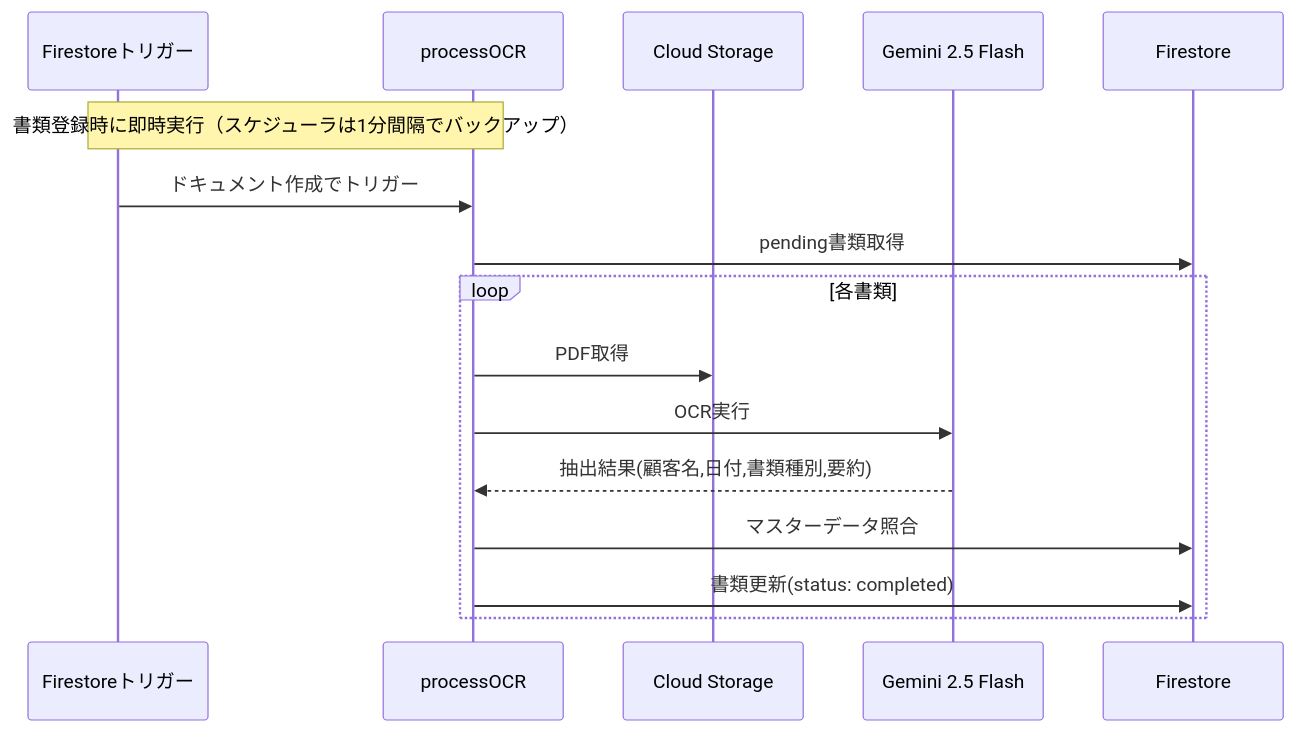
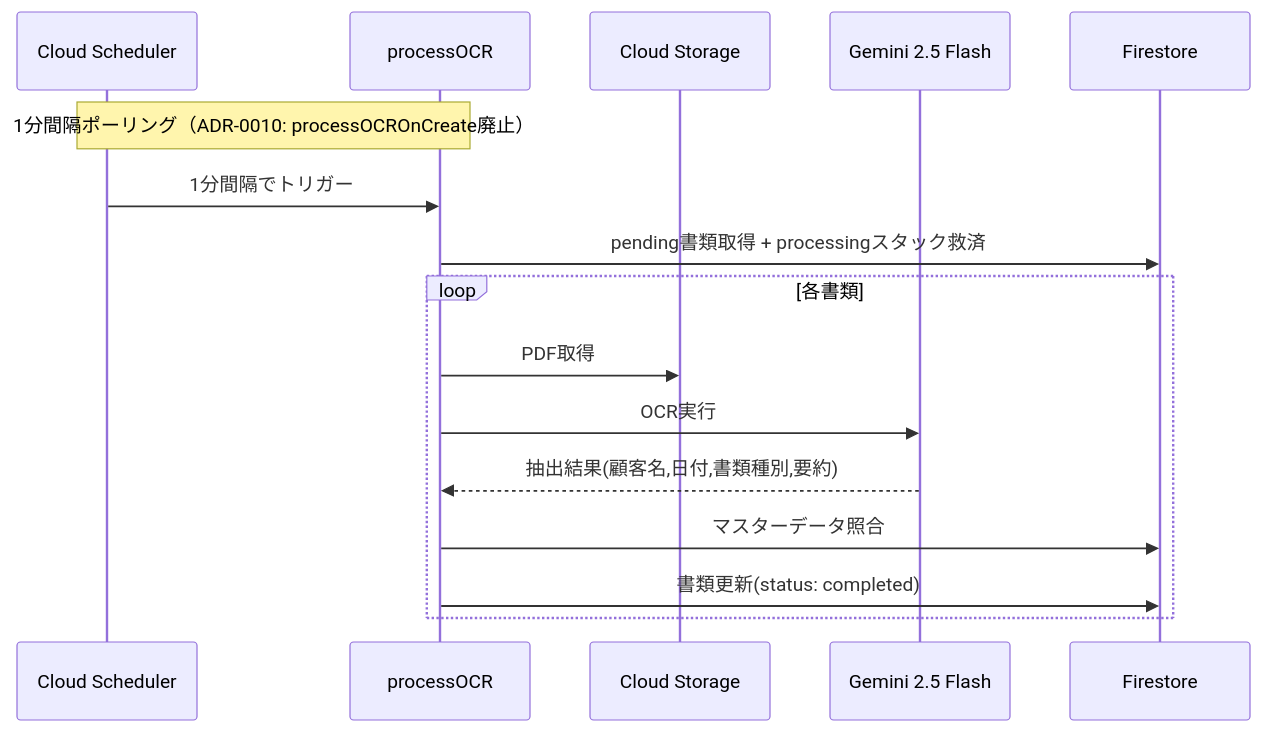
One commit to yasushi-honda/doc-split changed the third of 5 diagrams in docs/architecture.md. Above: the diagram before and after it, drawn with Mermaid. The commit also changed other lines of this file and 1 other file, not shown here.

Commit message:
docs: ADR-0010反映漏れ修正（processOCROnCreate廃止をドキュメントに反映）
api-reference.mdとarchitecture.mdにFirestoreトリガー（即時処理）の
記述が残っていたため、ポーリング一本化の実装に合わせて更新。

````diff
--- a/docs/architecture.md
+++ b/docs/architecture.md
@@ -83,20 +83,20 @@
 ```mermaid
 sequenceDiagram
-    participant Trigger as Firestoreトリガー
+    participant Scheduler as Cloud Scheduler
     participant ProcessOCR as processOCR
     participant Storage as Cloud Storage
     participant Gemini as Gemini 2.5 Flash
     participant Firestore as Firestore
 
-    Note over Trigger,ProcessOCR: 書類登録時に即時実行（スケジューラは1分間隔でバックアップ）
-    Trigger->>ProcessOCR: ドキュメント作成でトリガー
-    ProcessOCR->>Firestore: pending書類取得
+    Note over Scheduler,ProcessOCR: 1分間隔ポーリング（ADR-0010: processOCROnCreate廃止）
+    Scheduler->>ProcessOCR: 1分間隔でトリガー
+    ProcessOCR->>Firestore: pending書類取得 + processingスタック救済
 
     loop 各書類
         ProcessOCR->>Storage: PDF取得
         ProcessOCR->>Gemini: OCR実行
         Gemini-->>ProcessOCR: 抽出結果(顧客名,日付,書類種別,要約)
         ProcessOCR->>Firestore: マスターデータ照合
         ProcessOCR->>Firestore: 書類更新(status: completed)
     end
 ```
````
